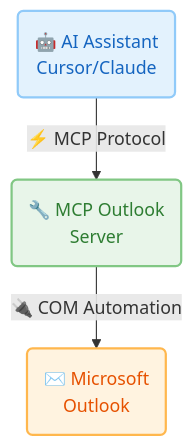
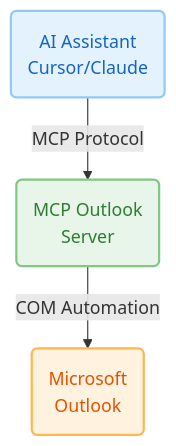
The diagram in DOCUMENTATION.md (Vince1024/Outlook-MCP), drawn with Mermaid before and after one commit. The commit also changed other lines of this file and 3 other files, not shown here.

````diff
--- a/DOCUMENTATION.md
+++ b/DOCUMENTATION.md
@@ -29,9 +29,9 @@
 ```mermaid
 graph TD
-    A("🤖 AI Assistant<br/>Cursor/Claude") -->|"⚡ MCP Protocol"| B("🔧 MCP Outlook<br/>Server")
-    B -->|"🔌 COM Automation"| C("✉️ Microsoft<br/>Outlook")
+    A("AI Assistant<br/>Cursor/Claude") -->|" MCP Protocol "| B("MCP Outlook<br/>Server")
+    B -->|"COM Automation"| C("Microsoft<br/>Outlook")
     
     style A fill:#E3F2FD,stroke:#90CAF9,stroke-width:2px,color:#1565C0
     style B fill:#E8F5E9,stroke:#81C784,stroke-width:2px,color:#2E7D32
     style C fill:#FFF3E0,stroke:#FFB74D,stroke-width:2px,color:#E65100
 ```
````
